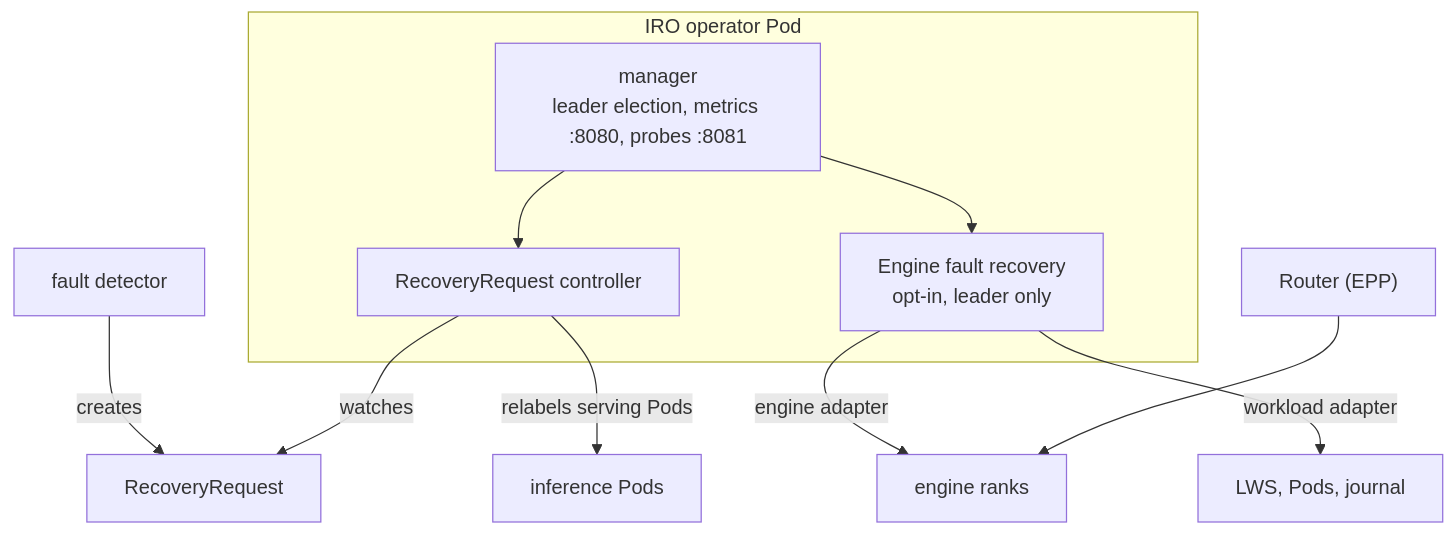
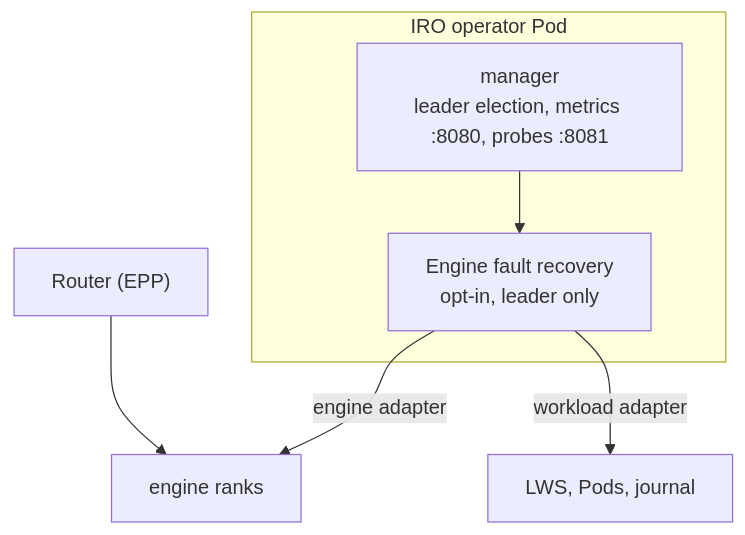
Before and after one commit to Etelis/llm-d-resiliency-operator: the first of 2 diagrams in docs/architecture.md, drawn with Mermaid. The commit also changed other lines of this file and 4 other files, not shown here.

First line of the commit message:
Remove RecoveryRequest from the docs

````diff
--- a/docs/architecture.md
+++ b/docs/architecture.md
@@ -6,16 +6,11 @@
 ```mermaid
 flowchart TB
     subgraph iro["IRO operator Pod"]
         mgr["manager<br/>leader election, metrics :8080, probes :8081"]
-        rr["RecoveryRequest controller"]
         ef["Engine fault recovery<br/>opt-in, leader only"]
-        mgr --> rr
         mgr --> ef
     end
-    det["fault detector"] -->|creates| crd["RecoveryRequest"]
-    rr -->|watches| crd
-    rr -->|"relabels serving Pods"| pods["inference Pods"]
     ef -->|"engine adapter"| ranks["engine ranks"]
     ef -->|"workload adapter"| lws["LWS, Pods, journal"]
     router["Router (EPP)"] --> ranks
 ```
````
